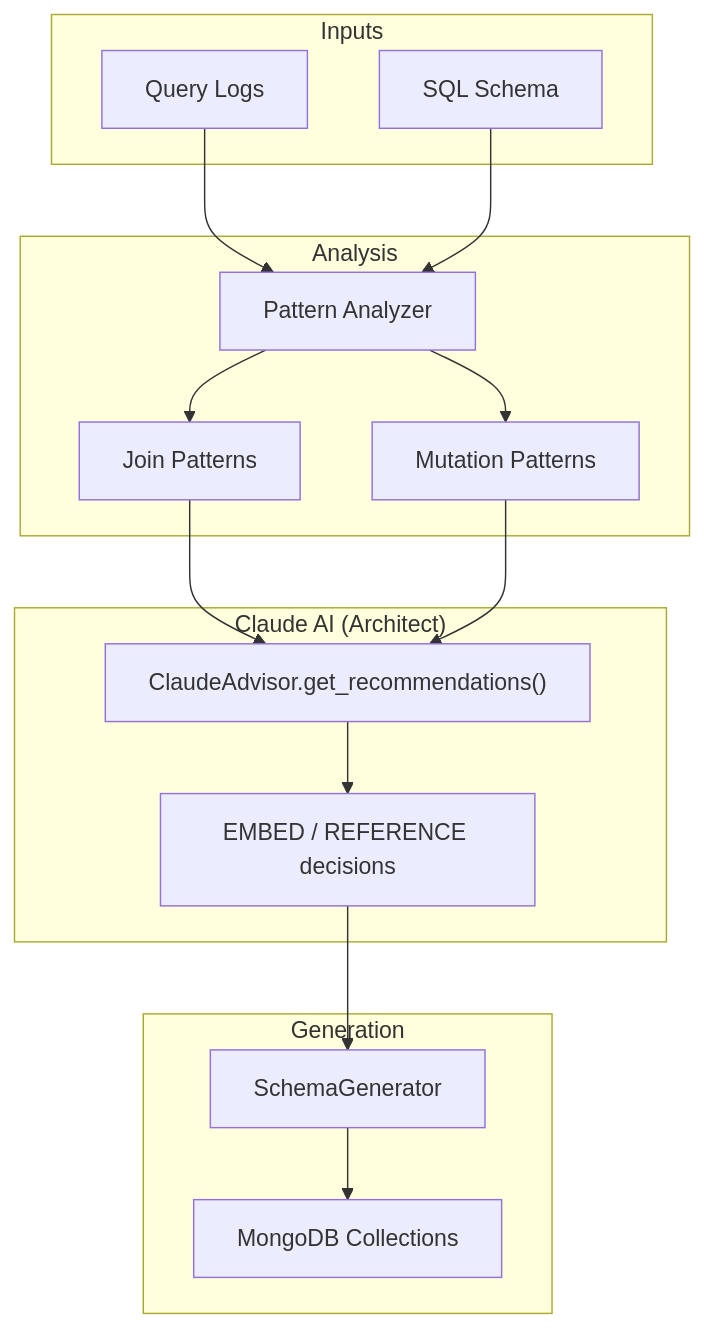
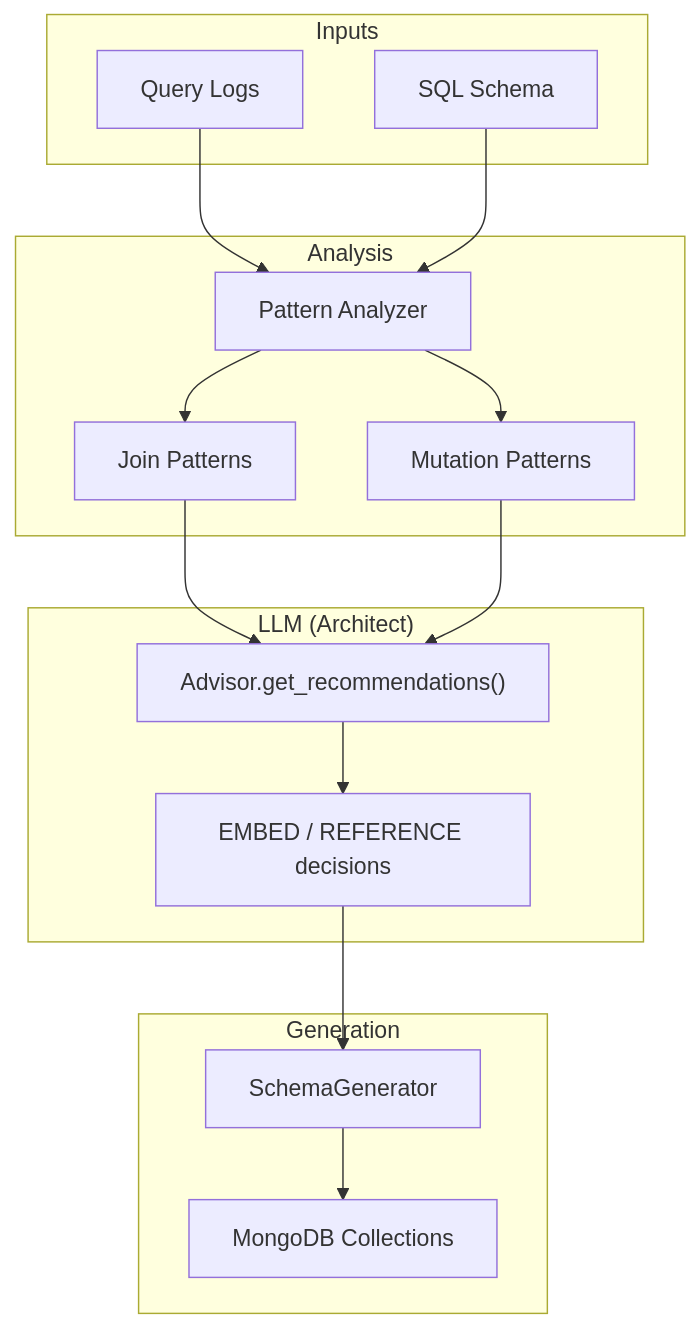
Before and after one commit to kraghavan/schema-travels: the third of 7 diagrams in ARCHITECTURE.md, drawn with Mermaid. The commit also changed other lines of this file and 21 other files, not shown here.

````diff
--- a/ARCHITECTURE.md
+++ b/ARCHITECTURE.md
@@ -52,33 +125,33 @@
 ```mermaid
 flowchart TB
     subgraph Inputs
         LOGS["Query Logs"]
         SCHEMA["SQL Schema"]
     end
 
     subgraph Analysis
         PA["Pattern Analyzer"]
         JP["Join Patterns"]
         MP["Mutation Patterns"]
     end
 
-    subgraph AI["Claude AI (Architect)"]
-        CA["ClaudeAdvisor.get_recommendations()"]
+    subgraph AI["LLM (Architect)"]
+        ADV["Advisor.get_recommendations()"]
         REC["EMBED / REFERENCE decisions"]
     end
 
     subgraph Generation
         SG["SchemaGenerator"]
         TS["MongoDB Collections"]
     end
 
     LOGS --> PA
     SCHEMA --> PA
     PA --> JP
     PA --> MP
-    JP --> CA
-    MP --> CA
-    CA --> REC
+    JP --> ADV
+    MP --> ADV
+    ADV --> REC
     REC --> SG
     SG --> TS
 ```
````
